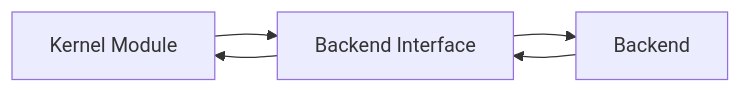
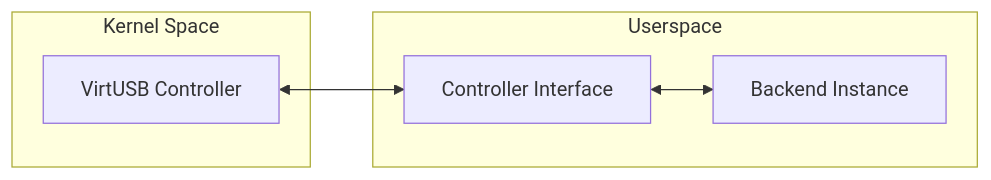
One commit to RomanBuchert/VirtUSB changed the seventh of 11 diagrams in doc/requirements/backend-requirements.md. Above: the diagram before and after it, drawn with Mermaid. The commit also changed other lines of this file and 6 other files, not shown here.

First line of the commit message:
docs: refine architecture and requirements documentation (WIP)

````diff
--- a/doc/requirements/backend-requirements.md
+++ b/doc/requirements/backend-requirements.md
@@ -387,11 +508,15 @@
 ```mermaid
 flowchart LR
-   KM["Kernel Module"]
-   IF["Backend Interface"]
-   BE["Backend"]
 
-   KM --> IF
-   IF --> BE
-   BE --> IF
-   IF --> KM
+   subgraph kernel["Kernel Space"]
+      controller["VirtUSB Controller"]
+   end
+
+   subgraph userspace["Userspace"]
+      iface["Controller Interface"]
+      backend["Backend Instance"]
+   end
+
+   controller <--> iface
+   iface <--> backend
 ```
````
